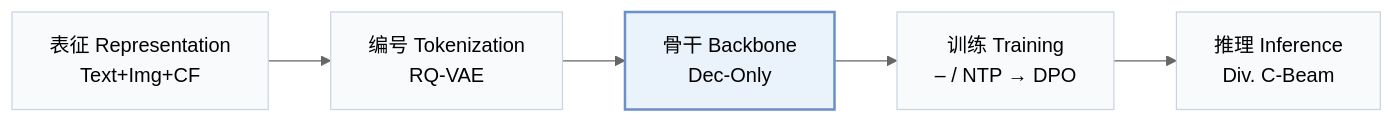
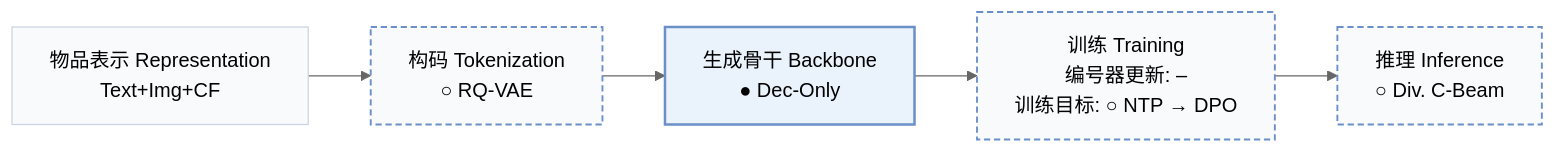
The first of 2 diagrams in pages/zh/papers/pinger.md (Galaxy-ghost/Awesome-SID-Generative-Rec), drawn with Mermaid (neutral theme) before and after one commit. The commit also changed other lines of this file and 558 other files, not shown here.

````diff
--- a/pages/zh/papers/pinger.md
+++ b/pages/zh/papers/pinger.md
@@ -15,8 +18,10 @@
 ```mermaid
 flowchart LR
-    R["表征 Representation<br/>Text+Img+CF"] --> T["编号 Tokenization<br/>RQ-VAE"] --> B["骨干 Backbone<br/>Dec-Only"] --> TR["训练 Training<br/>– / NTP → DPO"] --> I["推理 Inference<br/>Div. C-Beam"]
+    R["物品表示 Representation<br/>Text+Img+CF"] --> T["构码 Tokenization<br/>○ RQ-VAE"] --> B["生成骨干 Backbone<br/>● Dec-Only"] --> TR["训练 Training<br/>编号器更新: –<br/>训练目标: ○ NTP → DPO"] --> I["推理 Inference<br/>○ Div. C-Beam"]
     classDef base fill:#f8fafc,stroke:#cbd5e1
     class R,T,B,TR,I base
+    classDef other fill:#f8fafc,stroke:#6b8fc7,stroke-width:1.5px,stroke-dasharray:5 3
+    class T,TR,I other
     classDef main fill:#eaf2fb,stroke:#6b8fc7,stroke-width:2px
     class B main
 ```
````
